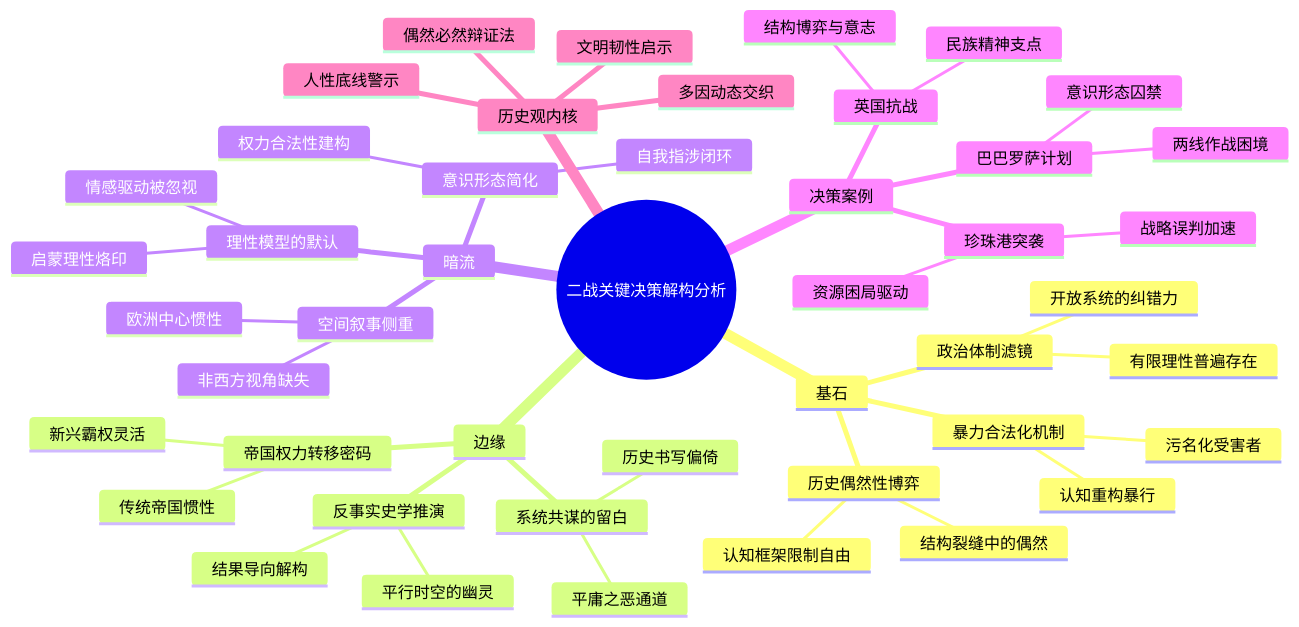
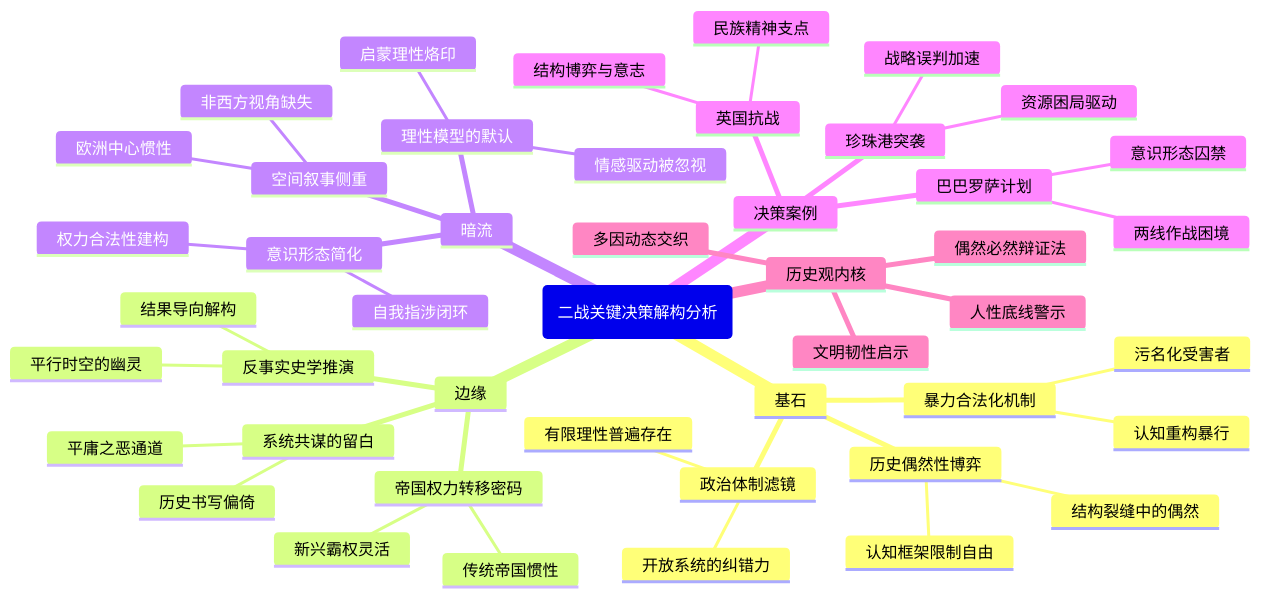
Before and after one commit to funloss/funKnowledge: the diagram in 读书/世界历史/命运攸关的抉择——1940-1941年间改变世界的十个决策.md, drawn with Mermaid. The commit also changed 74 other files, not shown here.

````diff
--- a/读书/世界历史/命运攸关的抉择——1940-1941年间改变世界的十个决策.md
+++ b/读书/世界历史/命运攸关的抉择——1940-1941年间改变世界的十个决策.md
@@ -3,49 +3,49 @@
 ```mermaid
 mindmap
-  root((二战关键决策解构分析))
+  root(二战关键决策解构分析)
     基石
       历史偶然性博弈
         结构裂缝中的偶然
         认知框架限制自由
       政治体制滤镜
         开放系统的纠错力
         有限理性普遍存在
       暴力合法化机制
         认知重构暴行
         污名化受害者
     边缘
       反事实史学推演
         平行时空的幽灵
         结果导向解构
       帝国权力转移密码
         传统帝国惯性
         新兴霸权灵活
       系统共谋的留白
         平庸之恶通道
         历史书写偏倚
     暗流
       理性模型的默认
         启蒙理性烙印
         情感驱动被忽视
       意识形态简化
         权力合法性建构
         自我指涉闭环
       空间叙事侧重
         欧洲中心惯性
         非西方视角缺失
     决策案例
       英国抗战
         结构博弈与意志
         民族精神支点
       巴巴罗萨计划
         意识形态囚禁
         两线作战困境
       珍珠港突袭
         资源困局驱动
         战略误判加速
     历史观内核
       多因动态交织
       偶然必然辩证法
       人性底线警示
       文明韧性启示
 ```
````
